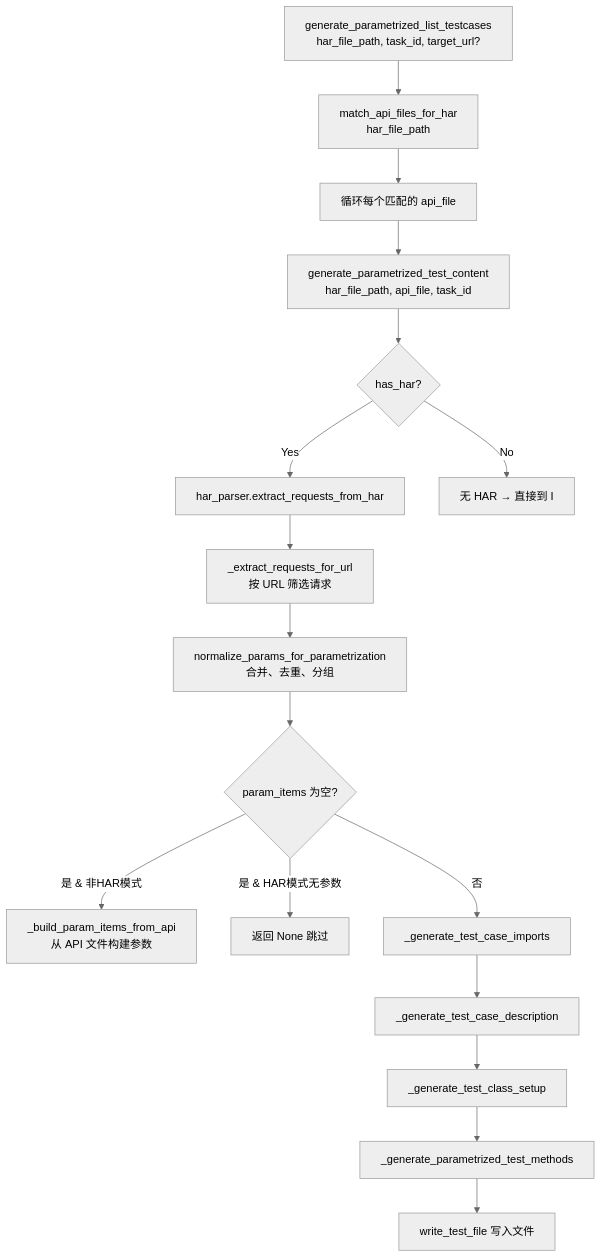
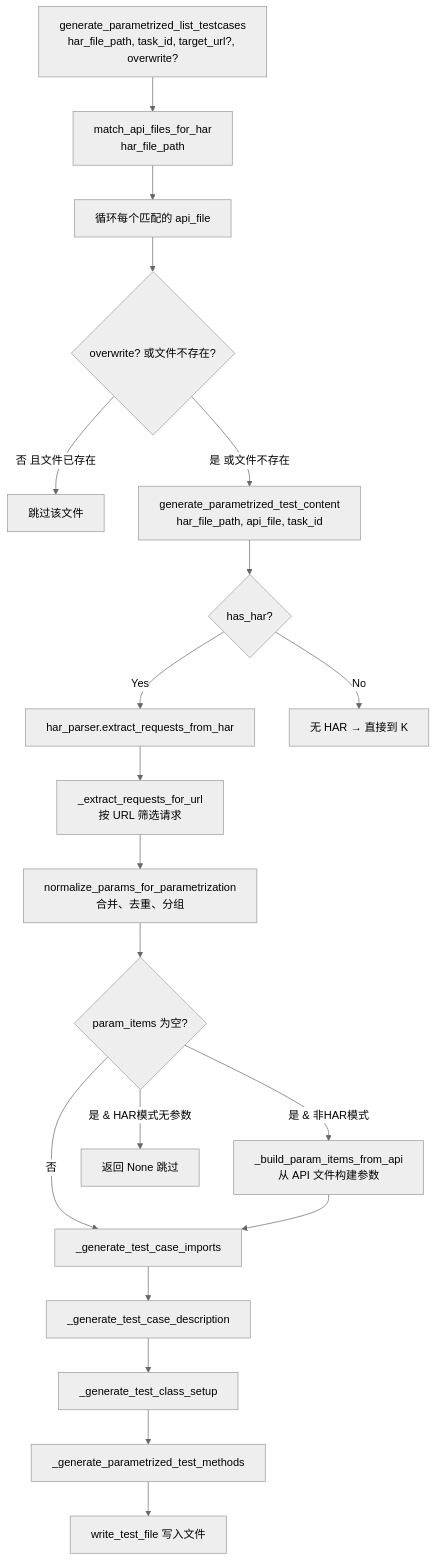
Before and after one commit to hewei198711/har2pytest: the first of 3 diagrams in docs/testcase_generation_modes.md, drawn with Mermaid (neutral theme). The commit also changed other lines of this file and 30 other files, not shown here.

````diff
--- a/docs/testcase_generation_modes.md
+++ b/docs/testcase_generation_modes.md
@@ -23,19 +23,22 @@
 ```mermaid
 flowchart TD
-    A[generate_parametrized_list_testcases<br/>har_file_path, task_id, target_url?] --> B[match_api_files_for_har<br/>har_file_path]
+    A[generate_parametrized_list_testcases<br/>har_file_path, task_id, target_url?, overwrite?] --> B[match_api_files_for_har<br/>har_file_path]
     B --> C[循环每个匹配的 api_file]
-    C --> D[generate_parametrized_test_content<br/>har_file_path, api_file, task_id]
-    D --> E{has_har?}
-    E -->|Yes| F[har_parser.extract_requests_from_har]
-    F --> G[_extract_requests_for_url<br/>按 URL 筛选请求]
-    G --> H[normalize_params_for_parametrization<br/>合并、去重、分组]
-    H --> I{param_items 为空?}
-    E -->|No| J[无 HAR → 直接到 I]
-    I -->|是 & 非HAR模式| K[_build_param_items_from_api<br/>从 API 文件构建参数]
-    I -->|是 & HAR模式无参数| L[返回 None 跳过]
-    I -->|否| M[_generate_test_case_imports]
-    M --> N[_generate_test_case_description]
-    N --> O[_generate_test_class_setup]
-    O --> P[_generate_parametrized_test_methods]
-    P --> Q[write_test_file 写入文件]
+    C --> D{overwrite? 或文件不存在?}
+    D -->|否 且文件已存在| E[跳过该文件]
+    D -->|是 或文件不存在| F[generate_parametrized_test_content<br/>har_file_path, api_file, task_id]
+    F --> G{has_har?}
+    G -->|Yes| H[har_parser.extract_requests_from_har]
+    H --> I[_extract_requests_for_url<br/>按 URL 筛选请求]
+    I --> J[normalize_params_for_parametrization<br/>合并、去重、分组]
+    J --> K{param_items 为空?}
+    G -->|No| L[无 HAR → 直接到 K]
+    K -->|是 & 非HAR模式| M[_build_param_items_from_api<br/>从 API 文件构建参数]
+    K -->|是 & HAR模式无参数| N[返回 None 跳过]
+    K -->|否| O[_generate_test_case_imports]
+    M --> O
+    O --> P[_generate_test_case_description]
+    P --> Q[_generate_test_class_setup]
+    Q --> R[_generate_parametrized_test_methods]
+    R --> S[write_test_file 写入文件]
 ```
````
